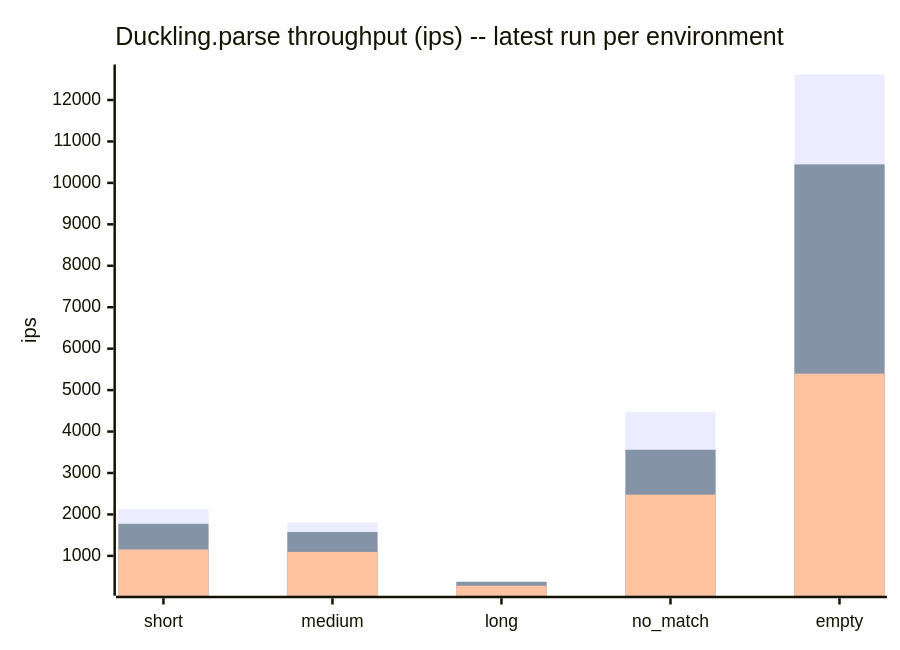
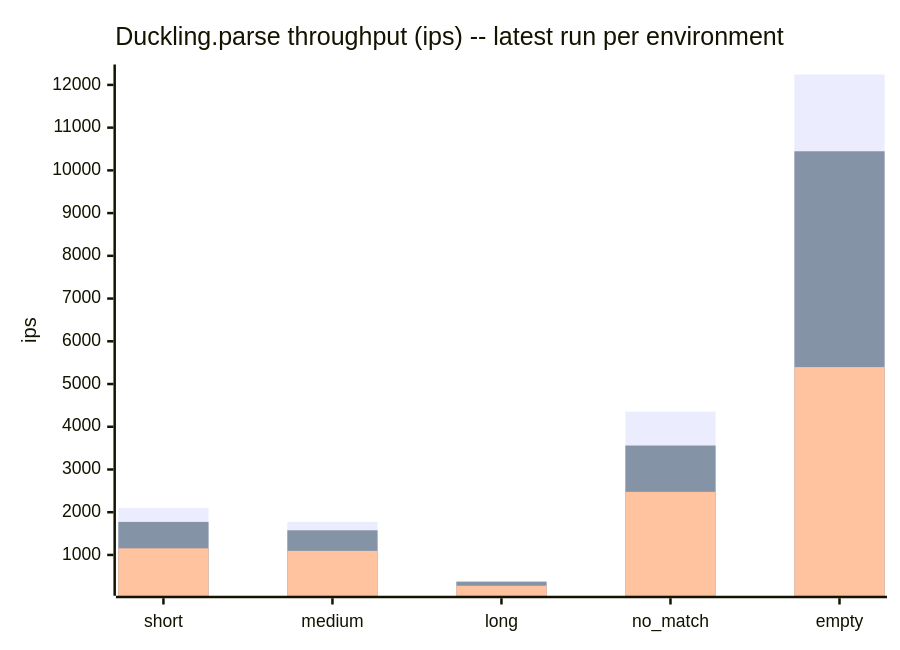
One commit to cpb/duckling changed the fourth of 5 diagrams in docs/benchmarks/README.md. Above: the diagram before and after it, drawn with Mermaid. The commit also changed other lines of this file and 1 other file, not shown here.

Commit message:
Record github-actions benchmark for PR #50 (post-#64 dispatch schema) [benchmark-record]

````diff
--- a/docs/benchmarks/README.md
+++ b/docs/benchmarks/README.md
@@ -133,9 +133,9 @@
 ```mermaid
 xychart-beta
     title "Duckling.parse throughput (ips) -- latest run per environment"
     x-axis [short, medium, long, no_match, empty]
     y-axis "ips"
-    bar "github-actions" [2130.8, 1804.9, 392.7, 4480.0, 12615.7]
+    bar "github-actions" [2096.8, 1775.4, 391.8, 4353.6, 12243.5]
     bar "claude-code-web" [1773.1, 1577.3, 373.4, 3561.1, 10446.8]
     bar "local" [1154.4, 1095.9, 279.2, 2477.0, 5396.2]
 ```
````
